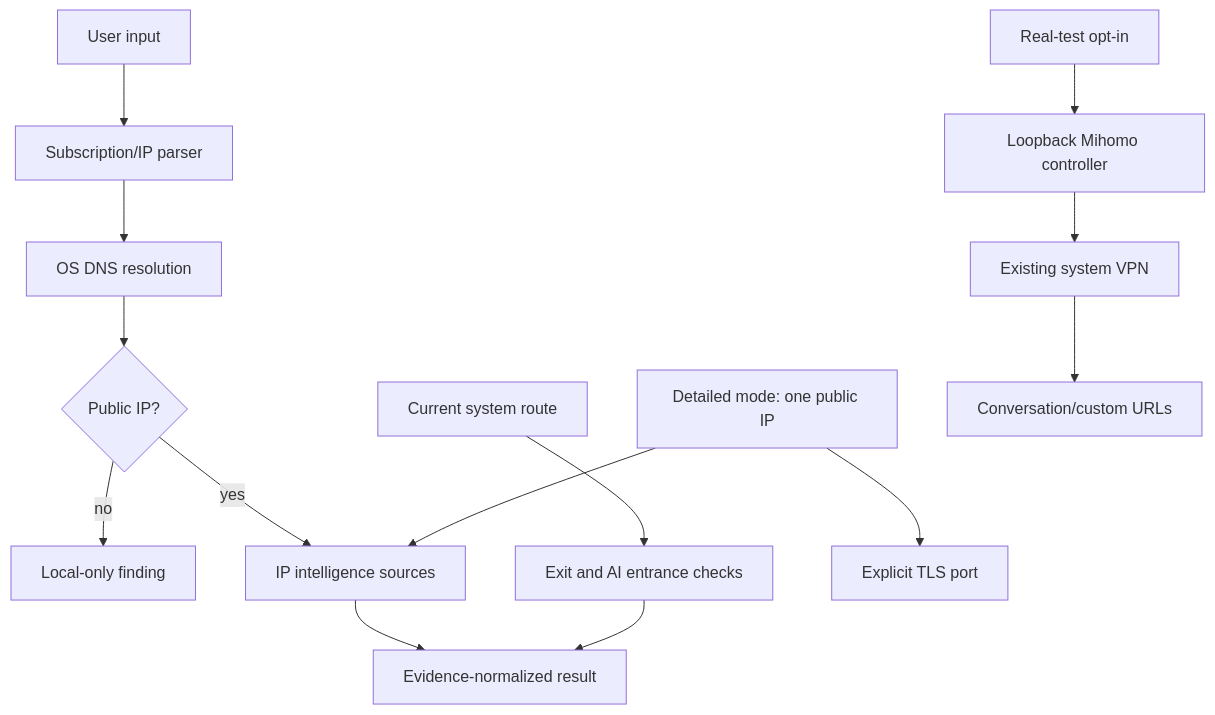
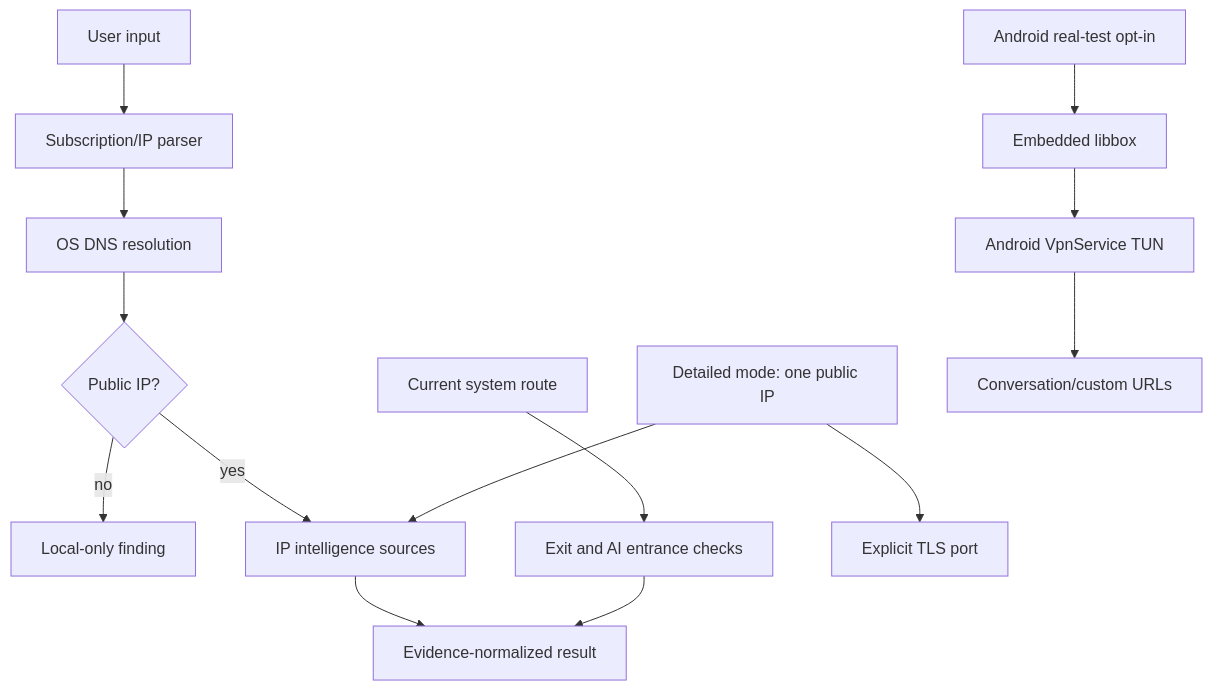
Before and after one commit to zizegak916-glitch/0612: the diagram in docs/ARCHITECTURE.md, drawn with Mermaid. The commit also changed other lines of this file and 27 other files, not shown here.

Commit message:
feat(android): embed system VPN and harden IP investigation

````diff
--- a/docs/ARCHITECTURE.md
+++ b/docs/ARCHITECTURE.md
@@ -5,16 +5,16 @@
 ```mermaid
 flowchart TD
   U[User input] --> P[Subscription/IP parser]
   P --> R[OS DNS resolution]
   R --> G{Public IP?}
   G -- no --> L[Local-only finding]
   G -- yes --> I[IP intelligence sources]
   I --> E[Evidence-normalized result]
   C[Current system route] --> X[Exit and AI entrance checks]
   X --> E
   D["Detailed mode: one public IP"] --> I
   D --> T["Explicit TLS port"]
-  S["Real-test opt-in"] --> M["Loopback Mihomo controller"]
-  M --> V["Existing system VPN"]
+  S["Android real-test opt-in"] --> M["Embedded libbox"]
+  M --> V["Android VpnService TUN"]
   V --> A["Conversation/custom URLs"]
 ```
````
